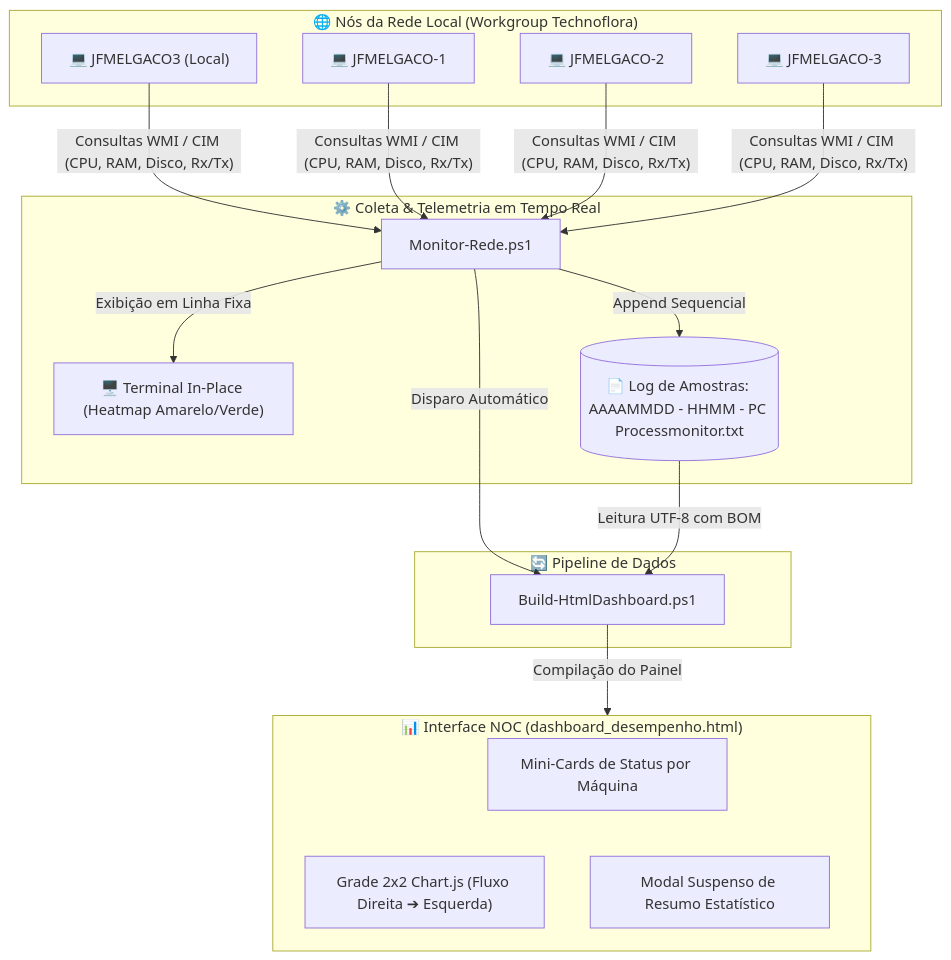
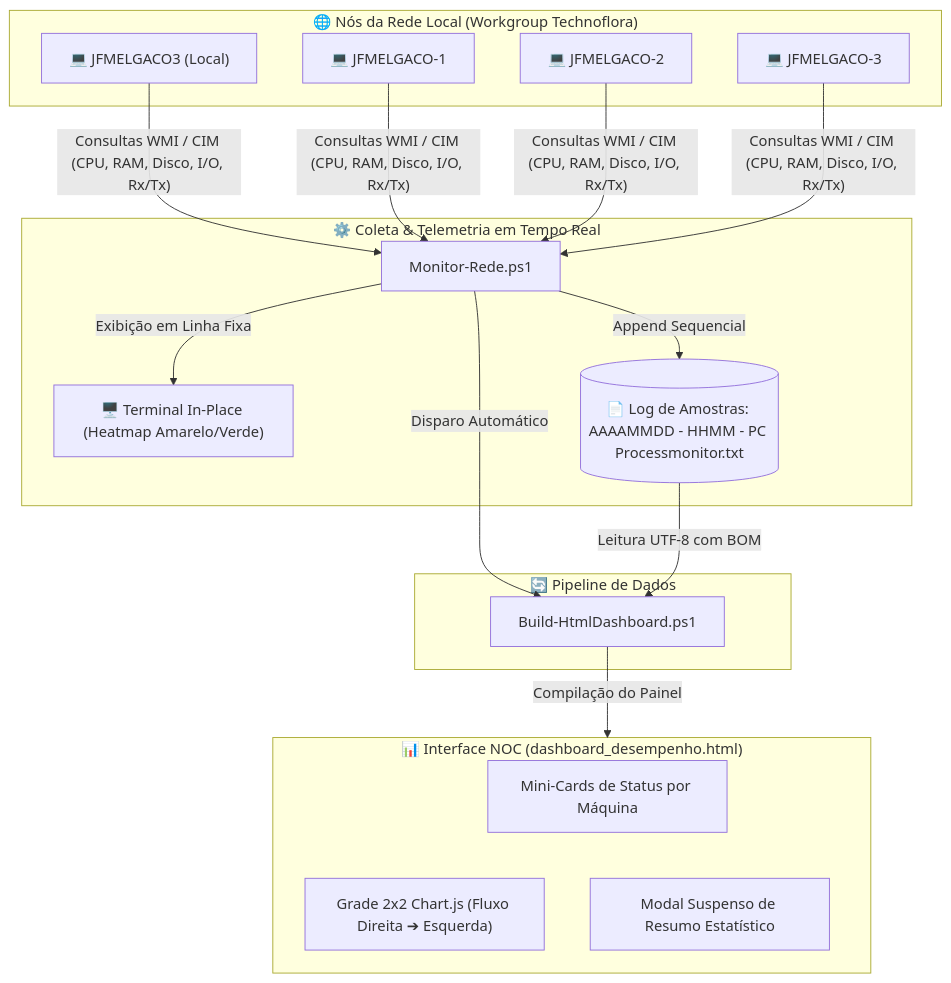
One commit to Julianmel/PCProcessMonitor changed the diagram in README.md. Above: the diagram before and after it, drawn with Mermaid. The commit also changed other lines of this file and 3 other files, not shown here.

````diff
--- a/README.md
+++ b/README.md
@@ -71,35 +74,35 @@
 ```mermaid
 flowchart TD
     subgraph LAN["🌐 Nós da Rede Local (Workgroup Technoflora)"]
         PC1["💻 JFMELGACO3 (Local)"]
         PC2["💻 JFMELGACO-1"]
         PC3["💻 JFMELGACO-2"]
         PC4["💻 JFMELGACO-3"]
     end
 
     subgraph TELEMETRIA["⚙️ Coleta & Telemetria em Tempo Real"]
         MON["Monitor-Rede.ps1"]
         TERMINAL["🖥️ Terminal In-Place (Heatmap Amarelo/Verde)"]
         LOGS[("📄 Log de Amostras: AAAAMMDD - HHMM - PC Processmonitor.txt")]
     end
 
     subgraph PIPELINE["🔄 Pipeline de Dados"]
         BUILD["Build-HtmlDashboard.ps1"]
     end
 
     subgraph DASHBOARD["📊 Interface NOC (dashboard_desempenho.html)"]
         CARDS["Mini-Cards de Status por Máquina"]
         CHARTS["Grade 2x2 Chart.js (Fluxo Direita ➔ Esquerda)"]
         MODAL["Modal Suspenso de Resumo Estatístico"]
     end
 
-    PC1 & PC2 & PC3 & PC4 -->|"Consultas WMI / CIM (CPU, RAM, Disco, Rx/Tx)"| MON
+    PC1 & PC2 & PC3 & PC4 -->|"Consultas WMI / CIM (CPU, RAM, Disco, I/O, Rx/Tx)"| MON
     MON -->|"Exibição em Linha Fixa"| TERMINAL
     MON -->|"Append Sequencial"| LOGS
     MON -->|"Disparo Automático"| BUILD
     LOGS -->|"Leitura UTF-8 com BOM"| BUILD
     BUILD -->|"Compilação do Painel"| DASHBOARD
     DASHBOARD --- CARDS
     DASHBOARD --- CHARTS
     DASHBOARD --- MODAL
 ```
````
